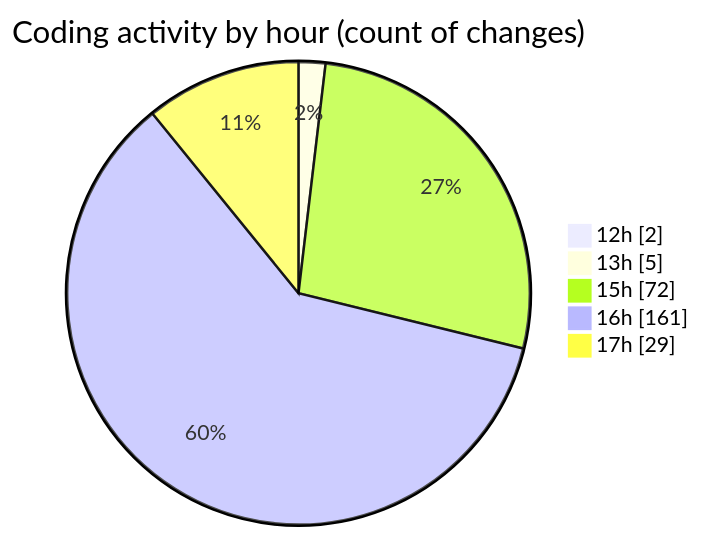
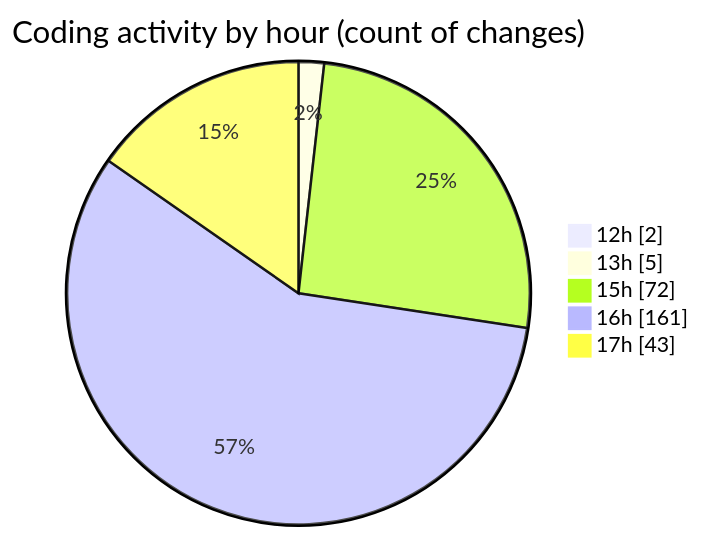
The second of 2 diagrams in 2025-07-12/fish/README.md (EIIisD/code-tracking), drawn with Mermaid before and after one commit. The commit also changed other lines of this file and 1 other file, not shown here.

````diff
--- a/2025-07-12/fish/README.md
+++ b/2025-07-12/fish/README.md
@@ -167,9 +169,9 @@
 ```mermaid
 pie showData
 title Coding activity by hour (count of changes)
 "12h" : 2
 "13h" : 5
 "15h" : 72
 "16h" : 161
-"17h" : 29
+"17h" : 43
 ```
````
